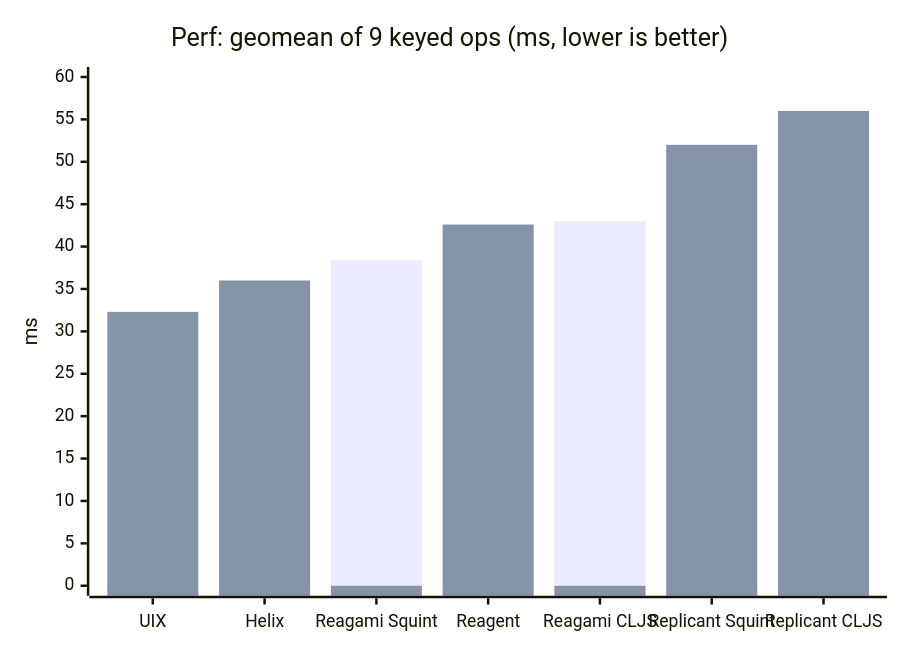
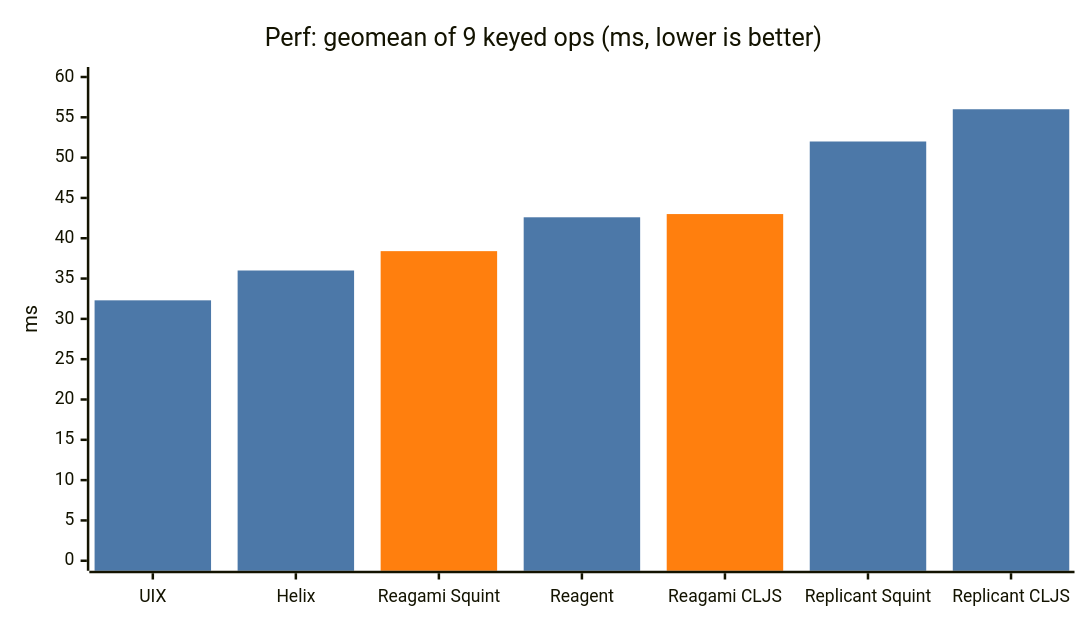
One commit to borkdude/reagami changed the first of 2 diagrams in doc/benchmarks.md. Above: the diagram before and after it, drawn with Mermaid. The commit also changed other lines of this file and 1 other file, not shown here.

Commit message:
Mermaid bar colors (#43)

````diff
--- a/doc/benchmarks.md
+++ b/doc/benchmarks.md
@@ -60,13 +60,17 @@
 ```mermaid
 ---
 config:
   xyChart:
-    plotColorPalette: "#ff7f0e, #4c78a8"
+    width: 850
+    height: 480
+  themeVariables:
+    xyChart:
+      plotColorPalette: "#ff7f0e, #4c78a8"
 ---
 xychart-beta
     title "Perf: geomean of 9 keyed ops (ms, lower is better)"
     x-axis ["UIX", "Helix", "Reagami Squint", "Reagent", "Reagami CLJS", "Replicant Squint", "Replicant CLJS"]
     y-axis "ms" 0 --> 60
-    bar [0, 0, 38.4, 0, 43.0, 0, 0]
-    bar [32.3, 36.0, 0, 42.6, 0, 52.0, 56.0]
+    bar [-5, -5, 38.4, -5, 43.0, -5, -5]
+    bar [32.3, 36.0, -5, 42.6, -5, 52.0, 56.0]
 ```
````
